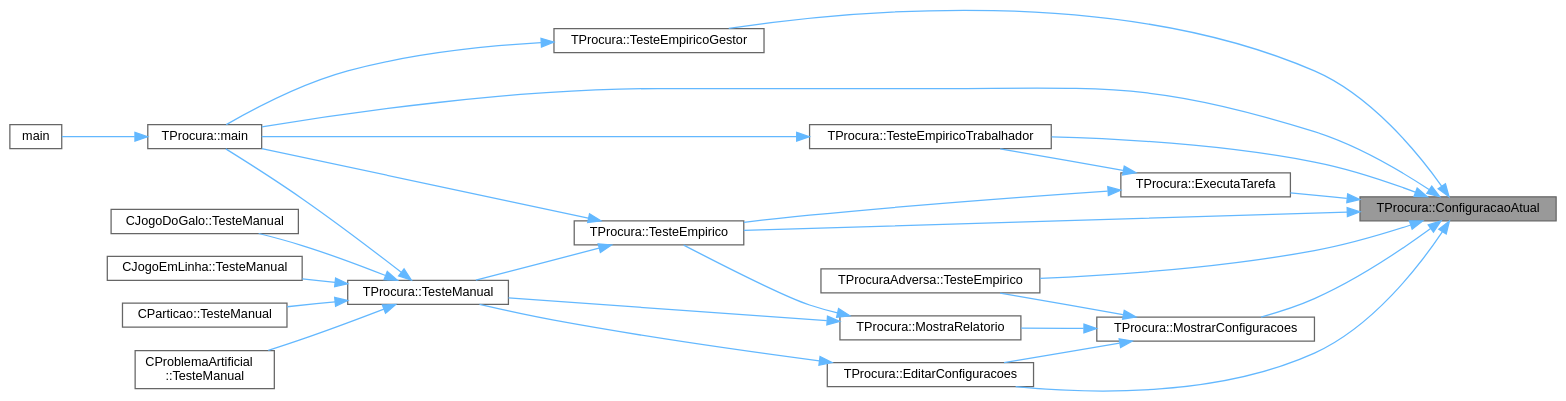
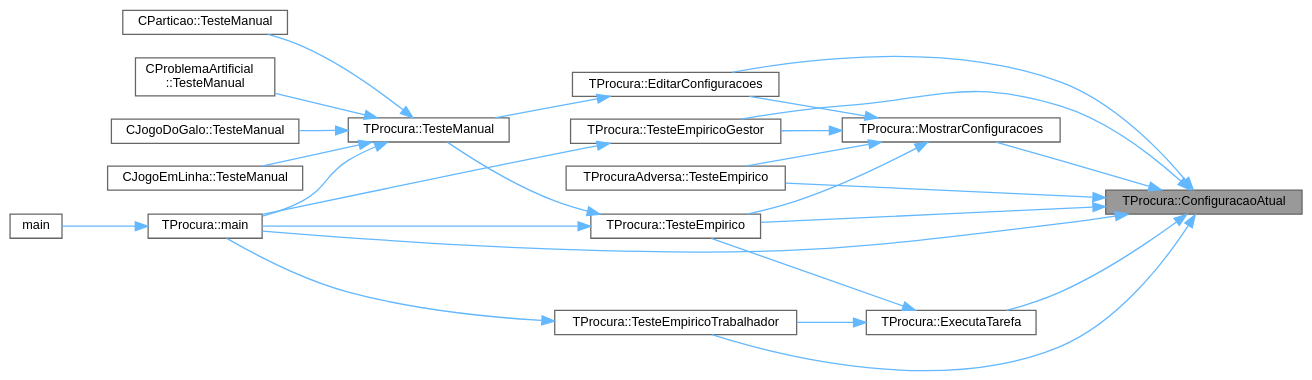
The diagram in classTProcura_ac1d9f06b12765a02290050af15463186_icgraph.dot (jcoelho72/TProcura), drawn with Graphviz before and after one commit. The commit also changed 92 other files, not shown here.

```diff
--- a/classTProcura_ac1d9f06b12765a02290050af15463186_icgraph.dot
+++ b/classTProcura_ac1d9f06b12765a02290050af15463186_icgraph.dot
@@ -1,50 +1,48 @@
 digraph "TProcura::ConfiguracaoAtual"
 {
  // LATEX_PDF_SIZE
   bgcolor="transparent";
   edge [fontname=Helvetica,fontsize=10,labelfontname=Helvetica,labelfontsize=10];
   node [fontname=Helvetica,fontsize=10,shape=box,height=0.2,width=0.4];
   rankdir="RL";
   Node1 [id="Node000001",label="TProcura::ConfiguracaoAtual",height=0.2,width=0.4,color="gray40", fillcolor="grey60", style="filled", fontcolor="black",tooltip="Grava ou lê a configuração atual."];
   Node1 -> Node2 [id="edge1_Node000001_Node000002",dir="back",color="steelblue1",style="solid",tooltip=" "];
   Node2 [id="Node000002",label="TProcura::EditarConfiguracoes",height=0.2,width=0.4,color="grey40", fillcolor="white", style="filled",URL="$classTProcura.html#ae559b54c7ff363280df914fec988794f",tooltip="Permite ao utilizador editar as configurações."];
   Node2 -> Node3 [id="edge2_Node000002_Node000003",dir="back",color="steelblue1",style="solid",tooltip=" "];
   Node3 [id="Node000003",label="TProcura::TesteManual",height=0.2,width=0.4,color="grey40", fillcolor="white", style="filled",URL="$classTProcura.html#a5fdf4e8f76e59eb83fbc274fa61e34af",tooltip="Inicializa a interação com o utilizador."];
   Node3 -> Node4 [id="edge3_Node000003_Node000004",dir="back",color="steelblue1",style="solid",tooltip=" "];
   Node4 [id="Node000004",label="TProcura::main",height=0.2,width=0.4,color="grey40", fillcolor="white", style="filled",URL="$classTProcura.html#aad1499e49cf6757569aeabd9c3fb2a8c",tooltip="Inicializa a interação com o utilizador."];
   Node4 -> Node5 [id="edge4_Node000004_Node000005",dir="back",color="steelblue1",style="solid",tooltip=" "];
   Node5 [id="Node000005",label="main",height=0.2,width=0.4,color="grey40", fillcolor="white", style="filled",URL="$Adversa_2Teste_2teste_8cpp.html#a0ddf1224851353fc92bfbff6f499fa97",tooltip=" "];
   Node3 -> Node6 [id="edge5_Node000003_Node000006",dir="back",color="steelblue1",style="solid",tooltip=" "];
   Node6 [id="Node000006",label="CJogoDoGalo::TesteManual",height=0.2,width=0.4,color="grey40", fillcolor="white", style="filled",URL="$classCJogoDoGalo.html#a113984a3801a93ebce61e0a700a413ab",tooltip="Inicializa a interação com o utilizador."];
   Node3 -> Node7 [id="edge6_Node000003_Node000007",dir="back",color="steelblue1",style="solid",tooltip=" "];
   Node7 [id="Node000007",label="CJogoEmLinha::TesteManual",height=0.2,width=0.4,color="grey40", fillcolor="white", style="filled",URL="$classCJogoEmLinha.html#ad289e94136b44c9e3e942acf64ff0449",tooltip="Inicializa a interação com o utilizador."];
   Node3 -> Node8 [id="edge7_Node000003_Node000008",dir="back",color="steelblue1",style="solid",tooltip=" "];
   Node8 [id="Node000008",label="CParticao::TesteManual",height=0.2,width=0.4,color="grey40", fillcolor="white", style="filled",URL="$classCParticao.html#aa4d328b9944991f3fc52ce0726111865",tooltip="Inicializa a interação com o utilizador."];
   Node3 -> Node9 [id="edge8_Node000003_Node000009",dir="back",color="steelblue1",style="solid",tooltip=" "];
   Node9 [id="Node000009",label="CProblemaArtificial\l::TesteManual",height=0.2,width=0.4,color="grey40", fillcolor="white", style="filled",URL="$classCProblemaArtificial.html#abaad629eb538177261df40e1e27e92ed",tooltip="Inicializa a interação com o utilizador."];
   Node1 -> Node10 [id="edge9_Node000001_Node000010",dir="back",color="steelblue1",style="solid",tooltip=" "];
   Node10 [id="Node000010",label="TProcura::ExecutaTarefa",height=0.2,width=0.4,color="grey40", fillcolor="white", style="filled",URL="$classTProcura.html#a2c3c5fdff8277b04a219156dec0f068b",tooltip="Executa uma tarefa num teste empírico."];
   Node10 -> Node11 [id="edge10_Node000010_Node000011",dir="back",color="steelblue1",style="solid",tooltip=" "];
   Node11 [id="Node000011",label="TProcura::TesteEmpirico",height=0.2,width=0.4,color="grey40", fillcolor="white", style="filled",URL="$classTProcura.html#ae98922e2f7f8bb6e487af0a1e4f84336",tooltip="Executa testes empíricos, em todas as configurações guardadas, nas instâncias selecionadas."];
   Node11 -> Node4 [id="edge11_Node000011_Node000004",dir="back",color="steelblue1",style="solid",tooltip=" "];
   Node11 -> Node3 [id="edge12_Node000011_Node000003",dir="back",color="steelblue1",style="solid",tooltip=" "];
   Node10 -> Node12 [id="edge13_Node000010_Node000012",dir="back",color="steelblue1",style="solid",tooltip=" "];
   Node12 [id="Node000012",label="TProcura::TesteEmpiricoTrabalhador",height=0.2,width=0.4,color="grey40", fillcolor="white", style="filled",URL="$classTProcura.html#a1b444fbb9aa1d6bf3df277df3f289587",tooltip="Teste empírico com modo mestre-escravo (este é o escravo)"];
   Node12 -> Node4 [id="edge14_Node000012_Node000004",dir="back",color="steelblue1",style="solid",tooltip=" "];
   Node1 -> Node4 [id="edge15_Node000001_Node000004",dir="back",color="steelblue1",style="solid",tooltip=" "];
   Node1 -> Node13 [id="edge16_Node000001_Node000013",dir="back",color="steelblue1",style="solid",tooltip=" "];
   Node13 [id="Node000013",label="TProcura::MostrarConfiguracoes",height=0.2,width=0.4,color="grey40", fillcolor="white", style="filled",URL="$classTProcura.html#a3332047124784be2fc7af575a5f7f8b5",tooltip="Mostra as configurações disponíveis."];
   Node13 -> Node2 [id="edge17_Node000013_Node000002",dir="back",color="steelblue1",style="solid",tooltip=" "];
   Node13 -> Node14 [id="edge18_Node000013_Node000014",dir="back",color="steelblue1",style="solid",tooltip=" "];
-  Node14 [id="Node000014",label="TProcura::MostraRelatorio",height=0.2,width=0.4,color="grey40", fillcolor="white", style="filled",URL="$classTProcura.html#a8efec796677c8e25ad8bdb56a1082e2d",tooltip="Mostra um relatório dos resultados."];
-  Node14 -> Node11 [id="edge19_Node000014_Node000011",dir="back",color="steelblue1",style="solid",tooltip=" "];
-  Node14 -> Node3 [id="edge20_Node000014_Node000003",dir="back",color="steelblue1",style="solid",tooltip=" "];
-  Node13 -> Node15 [id="edge21_Node000013_Node000015",dir="back",color="steelblue1",style="solid",tooltip=" "];
-  Node15 [id="Node000015",label="TProcuraAdversa::TesteEmpirico",height=0.2,width=0.4,color="grey40", fillcolor="white", style="filled",URL="$classTProcuraAdversa.html#a4b4a40d5c7e79fba24bc562d6e934fd8",tooltip=" "];
-  Node1 -> Node15 [id="edge22_Node000001_Node000015",dir="back",color="steelblue1",style="solid",tooltip=" "];
+  Node14 [id="Node000014",label="TProcuraAdversa::TesteEmpirico",height=0.2,width=0.4,color="grey40", fillcolor="white", style="filled",URL="$classTProcuraAdversa.html#a4b4a40d5c7e79fba24bc562d6e934fd8",tooltip=" "];
+  Node13 -> Node11 [id="edge19_Node000013_Node000011",dir="back",color="steelblue1",style="solid",tooltip=" "];
+  Node13 -> Node15 [id="edge20_Node000013_Node000015",dir="back",color="steelblue1",style="solid",tooltip=" "];
+  Node15 [id="Node000015",label="TProcura::TesteEmpiricoGestor",height=0.2,width=0.4,color="grey40", fillcolor="white", style="filled",URL="$classTProcura.html#afd7217164b5ffce15f1949138f469fdb",tooltip="Teste empírico com modo mestre-escravo (este é o mestre)"];
+  Node15 -> Node4 [id="edge21_Node000015_Node000004",dir="back",color="steelblue1",style="solid",tooltip=" "];
+  Node1 -> Node14 [id="edge22_Node000001_Node000014",dir="back",color="steelblue1",style="solid",tooltip=" "];
   Node1 -> Node11 [id="edge23_Node000001_Node000011",dir="back",color="steelblue1",style="solid",tooltip=" "];
-  Node1 -> Node16 [id="edge24_Node000001_Node000016",dir="back",color="steelblue1",style="solid",tooltip=" "];
-  Node16 [id="Node000016",label="TProcura::TesteEmpiricoGestor",height=0.2,width=0.4,color="grey40", fillcolor="white", style="filled",URL="$classTProcura.html#afd7217164b5ffce15f1949138f469fdb",tooltip="Teste empírico com modo mestre-escravo (este é o mestre)"];
-  Node16 -> Node4 [id="edge25_Node000016_Node000004",dir="back",color="steelblue1",style="solid",tooltip=" "];
-  Node1 -> Node12 [id="edge26_Node000001_Node000012",dir="back",color="steelblue1",style="solid",tooltip=" "];
+  Node1 -> Node15 [id="edge24_Node000001_Node000015",dir="back",color="steelblue1",style="solid",tooltip=" "];
+  Node1 -> Node12 [id="edge25_Node000001_Node000012",dir="back",color="steelblue1",style="solid",tooltip=" "];
 }
```
